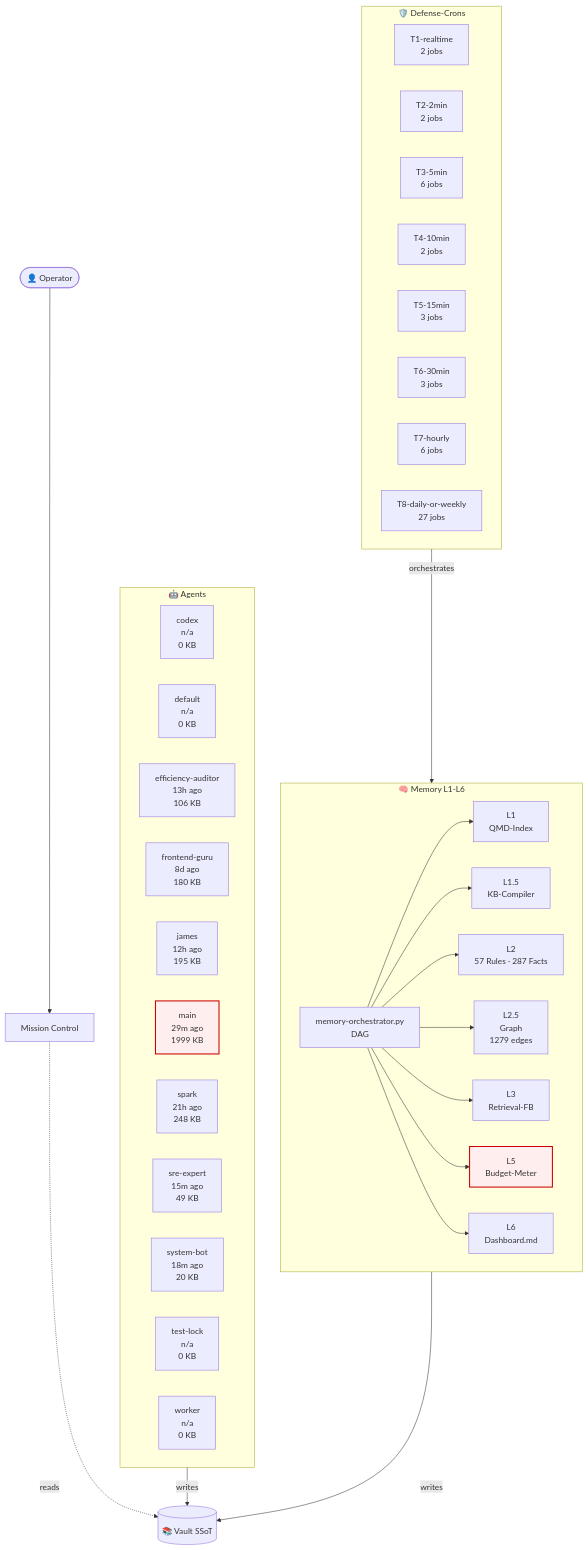
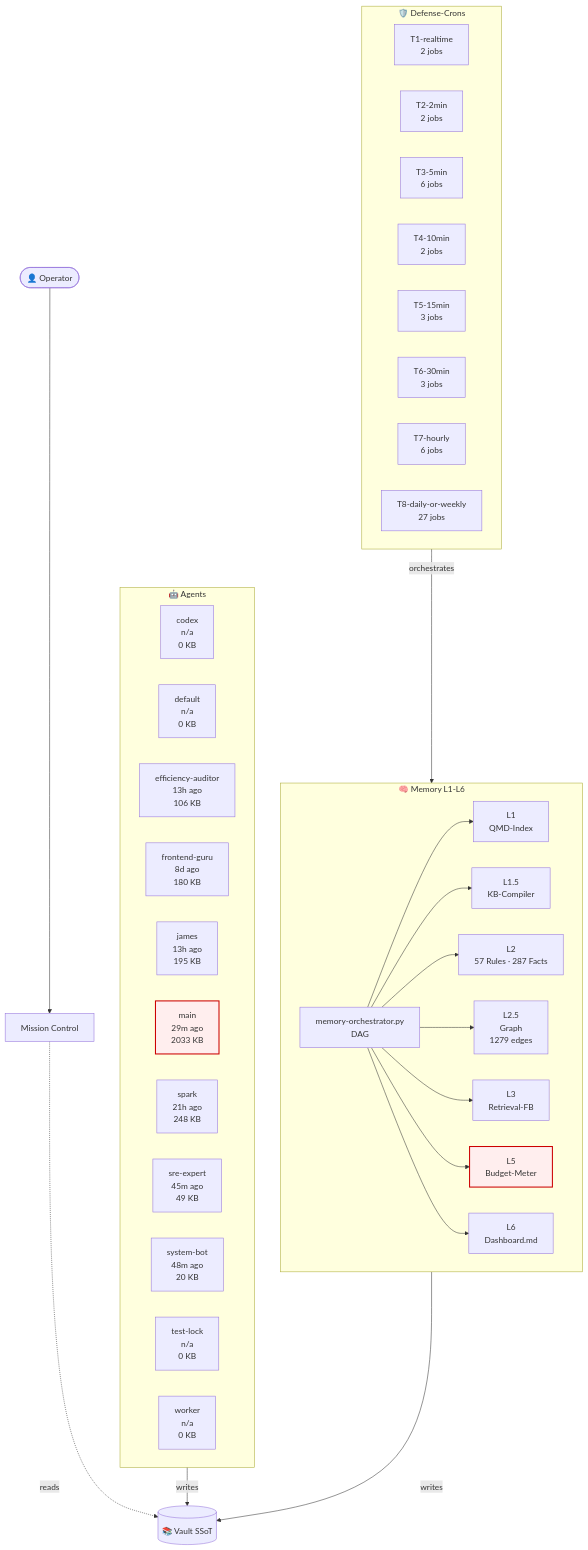
One commit to lenardhuebner88-rgb/openclaw-memory changed the diagram in 03-Agents/architecture-live.md. Above: the diagram before and after it, drawn with Mermaid. The commit also changed other lines of this file and 2 other files, not shown here.

````diff
--- a/03-Agents/architecture-live.md
+++ b/03-Agents/architecture-live.md
@@ -18,54 +18,54 @@
 ```mermaid
 flowchart TB
     classDef critical fill:#fee,stroke:#c00,stroke-width:2px;
     subgraph AGT["🤖 Agents"]
         agent_codex["codex<br/>n/a<br/>0 KB"]
         agent_default["default<br/>n/a<br/>0 KB"]
         agent_efficiency_auditor["efficiency-auditor<br/>13h ago<br/>106 KB"]
         agent_frontend_guru["frontend-guru<br/>8d ago<br/>180 KB"]
-        agent_james["james<br/>12h ago<br/>195 KB"]
-        agent_main["main<br/>29m ago<br/>1999 KB"]
+        agent_james["james<br/>13h ago<br/>195 KB"]
+        agent_main["main<br/>29m ago<br/>2033 KB"]
         agent_spark["spark<br/>21h ago<br/>248 KB"]
-        agent_sre_expert["sre-expert<br/>15m ago<br/>49 KB"]
-        agent_system_bot["system-bot<br/>18m ago<br/>20 KB"]
+        agent_sre_expert["sre-expert<br/>45m ago<br/>49 KB"]
+        agent_system_bot["system-bot<br/>48m ago<br/>20 KB"]
         agent_test_lock["test-lock<br/>n/a<br/>0 KB"]
         agent_worker["worker<br/>n/a<br/>0 KB"]
     end
     subgraph MEM["🧠 Memory L1-L6"]
         L1["L1<br/>QMD-Index"]
         L15["L1.5<br/>KB-Compiler"]
         L2["L2<br/>57 Rules · 287 Facts"]
         L25["L2.5<br/>Graph<br/>1279 edges"]
         L3["L3<br/>Retrieval-FB"]
         L5["L5<br/>Budget-Meter"]
         L6["L6<br/>Dashboard.md"]
         ORCH["memory-orchestrator.py<br/>DAG"]
     end
     subgraph CRN["🛡️ Defense-Crons"]
         tier_T1_realtime["T1-realtime<br/>2 jobs"]
         tier_T2_2min["T2-2min<br/>2 jobs"]
         tier_T3_5min["T3-5min<br/>6 jobs"]
         tier_T4_10min["T4-10min<br/>2 jobs"]
         tier_T5_15min["T5-15min<br/>3 jobs"]
         tier_T6_30min["T6-30min<br/>3 jobs"]
         tier_T7_hourly["T7-hourly<br/>6 jobs"]
         tier_T8_daily_or_weekly["T8-daily-or-weekly<br/>27 jobs"]
     end
     VAULT[("📚 Vault SSoT")]
     OP([👤 Operator])
     MC["Mission Control"]
     OP --> MC
     MC -.reads.-> VAULT
     AGT -->|writes| VAULT
     MEM -->|writes| VAULT
     ORCH --> L1
     ORCH --> L15
     ORCH --> L2
     ORCH --> L25
     ORCH --> L3
     ORCH --> L5
     ORCH --> L6
     CRN -->|orchestrates| MEM
     class L5 critical
     class agent_main critical
 ```
````
